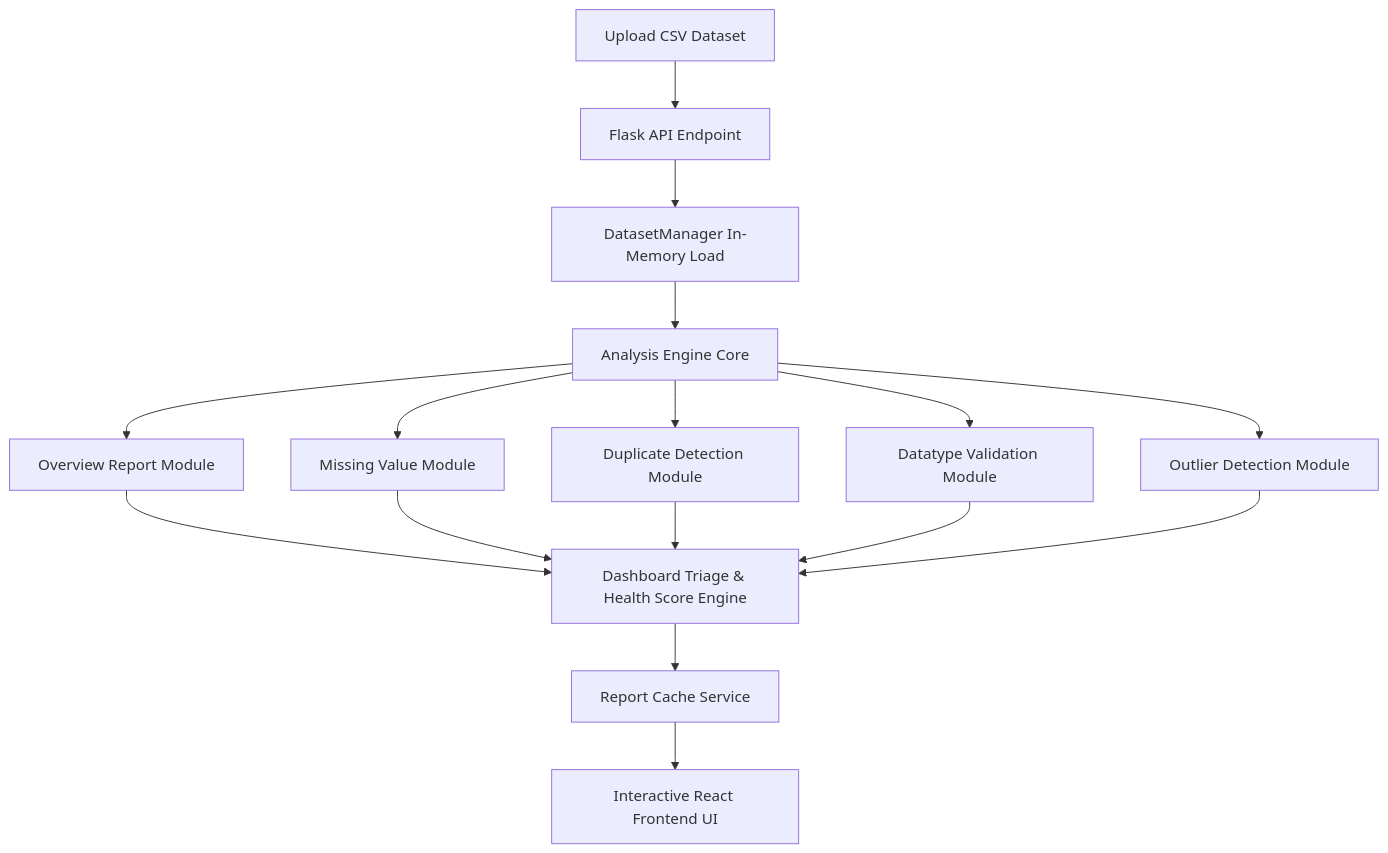
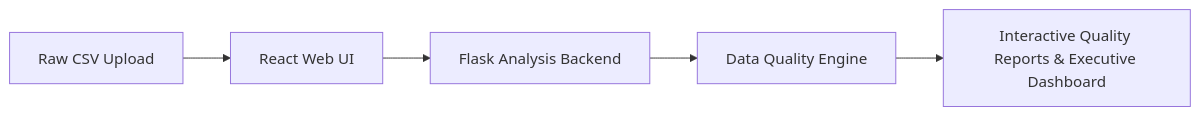
Before and after one commit to Arman-mn-0312/DataLens: the diagram in README.md, drawn with Mermaid. The commit also changed other lines of this file, not shown here.

Commit message:
Complete DataLens backend integration

````diff
--- a/README.md
+++ b/README.md
@@ -64,14 +34,7 @@
 ```mermaid
-flowchart TD
-    A[Upload CSV Dataset] --> B[Flask API Endpoint]
-    B --> C[DatasetManager In-Memory Load]
-    C --> D[Analysis Engine Core]
-    D --> E1[Overview Report Module]
-    D --> E2[Missing Value Module]
-    D --> E3[Duplicate Detection Module]
-    D --> E4[Datatype Validation Module]
-    D --> E5[Outlier Detection Module]
-    E1 & E2 & E3 & E4 & E5 --> F[Dashboard Triage & Health Score Engine]
-    F --> G[Report Cache Service]
-    G --> H[Interactive React Frontend UI]
+flowchart LR
+    A[Raw CSV Upload] --> B[React Web UI]
+    B --> C[Flask Analysis Backend]
+    C --> D[Data Quality Engine]
+    D --> E[Interactive Quality Reports & Executive Dashboard]
 ```
````
